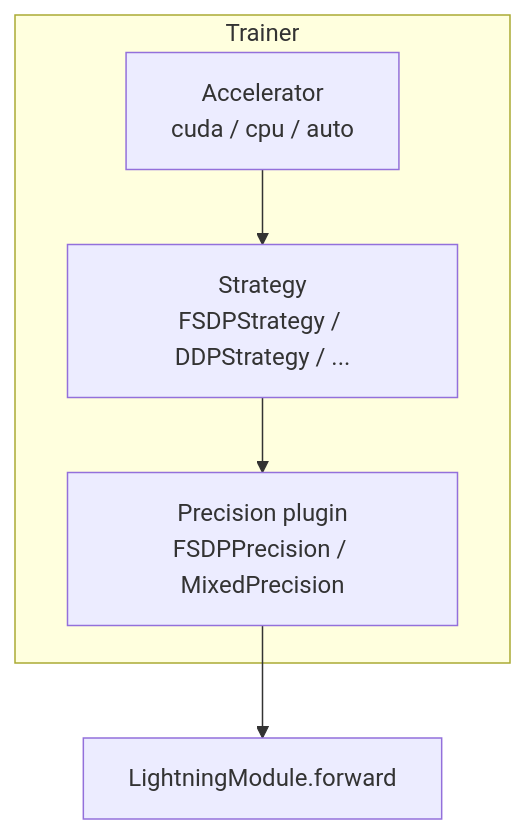
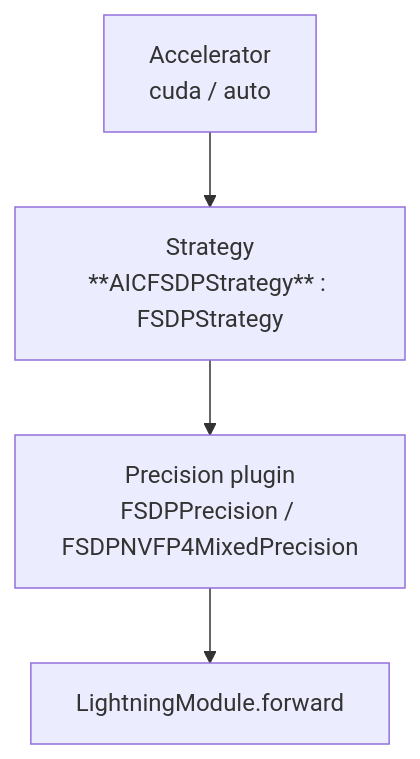
One commit to abhishek-patnia-nu/apatnia-paper-reader changed the first of 2 diagrams in guides/accelerated-computing/lightning-fsdp-strategy.md. Above: the diagram before and after it, drawn with Mermaid. The commit also changed other lines of this file, not shown here.

````diff
--- a/guides/accelerated-computing/lightning-fsdp-strategy.md
+++ b/guides/accelerated-computing/lightning-fsdp-strategy.md
@@ -43,11 +58,6 @@
 ```mermaid
 flowchart TB
-    subgraph Trainer
-        A[Accelerator<br/>cuda / cpu / auto]
-        S[Strategy<br/>FSDPStrategy / DDPStrategy / ...]
-        P[Precision plugin<br/>FSDPPrecision / MixedPrecision]
-    end
-    A --> S
-    S --> P
-    P --> LM[LightningModule.forward]
+    A[Accelerator<br/>cuda / auto] --> S
+    S[Strategy<br/>**AICFSDPStrategy** : FSDPStrategy] --> P
+    P[Precision plugin<br/>FSDPPrecision / FSDPNVFP4MixedPrecision] --> LM[LightningModule.forward]
 ```
````
